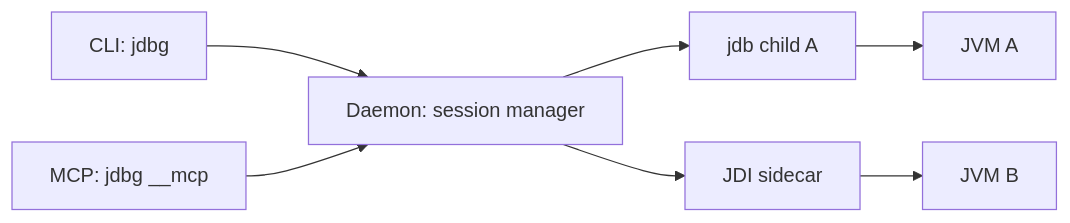
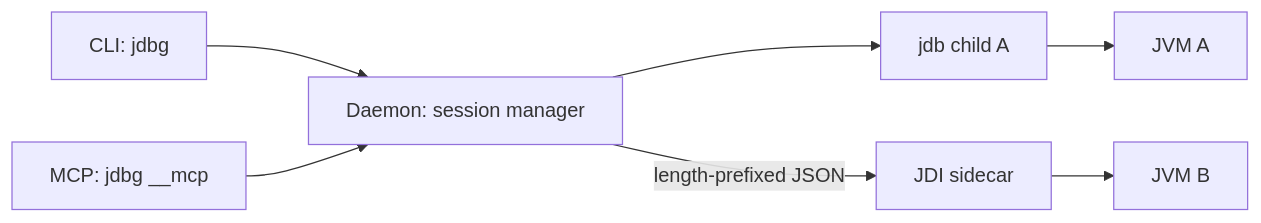
One commit to PieceOfFall/jdbg changed the diagram in README.md. Above: the diagram before and after it, drawn with Mermaid. The commit also changed other lines of this file and 14 other files, not shown here.

Commit message:
Adopt platform-local JDI transport and harden daemon lifecycle

````diff
--- a/README.md
+++ b/README.md
@@ -381,15 +386,15 @@
 ```mermaid
 flowchart LR
     CLI["CLI: jdbg <cmd>"]
     MCP["MCP: jdbg __mcp"]
     Daemon["Daemon: session manager"]
     JdbA["jdb child A"]
     Jdi["JDI sidecar"]
     JvmA["JVM A"]
     JvmB["JVM B"]
 
     CLI --> Daemon
     MCP --> Daemon
     Daemon --> JdbA --> JvmA
-    Daemon --> Jdi --> JvmB
+    Daemon -->|length-prefixed JSON| Jdi --> JvmB
 ```
````
